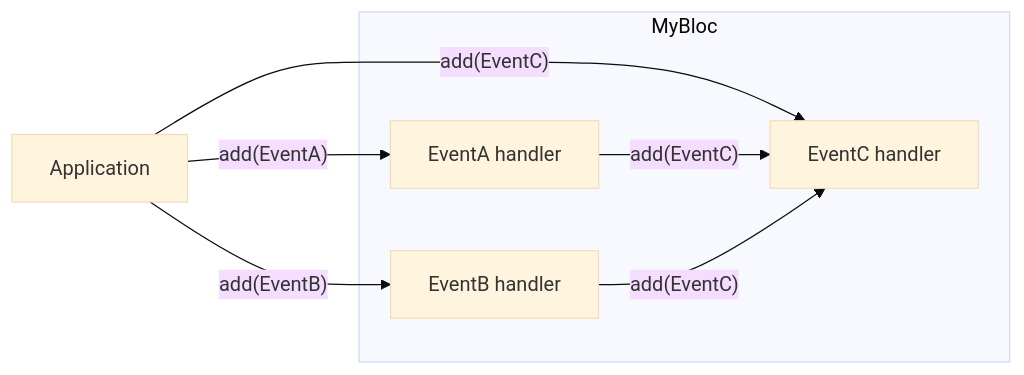
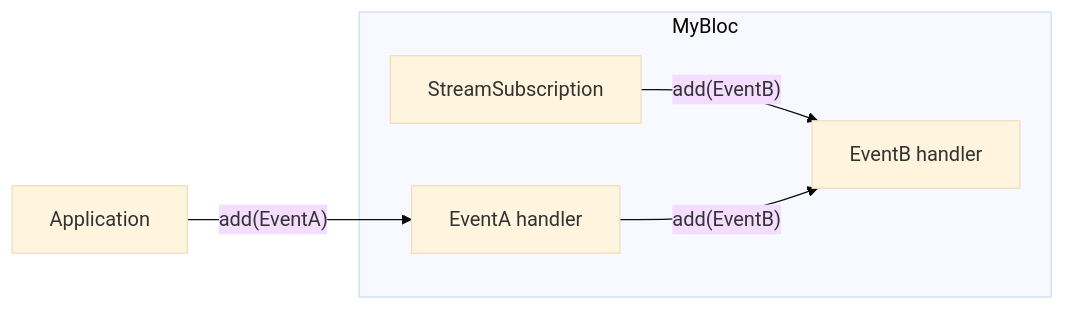
One commit to alestiago/alestiago changed the diagram in docs/blogs/20251122-testing-internal-bloc-events/post.md. Above: the diagram before and after it, drawn with Mermaid (base theme). The commit also changed other lines of this file and 13 other files, not shown here.

````diff
--- a/docs/blogs/20251122-testing-internal-bloc-events/post.md
+++ b/docs/blogs/20251122-testing-internal-bloc-events/post.md
@@ -26,16 +28,14 @@
 ```mermaid
 graph LR
     Application[Application]
     
     subgraph MyBloc[MyBloc]
+        StreamSubscription[StreamSubscription]
         EventAHandler[EventA handler]
         EventBHandler[EventB handler]
-        EventCHandler[EventC handler]
     end
     
+    StreamSubscription -->|"add(EventB)"| EventBHandler
     Application -->|"add(EventA)"| EventAHandler
-    Application -->|"add(EventB)"| EventBHandler
-    Application -->|"add(EventC)"| EventCHandler
-    EventAHandler -->|"add(EventC)"| EventCHandler
-    EventBHandler -->|"add(EventC)"| EventCHandler
+    EventAHandler -->|"add(EventB)"| EventBHandler
 ```
````
